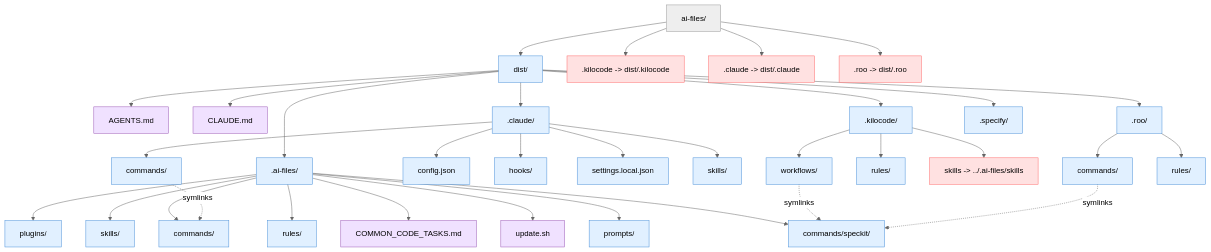
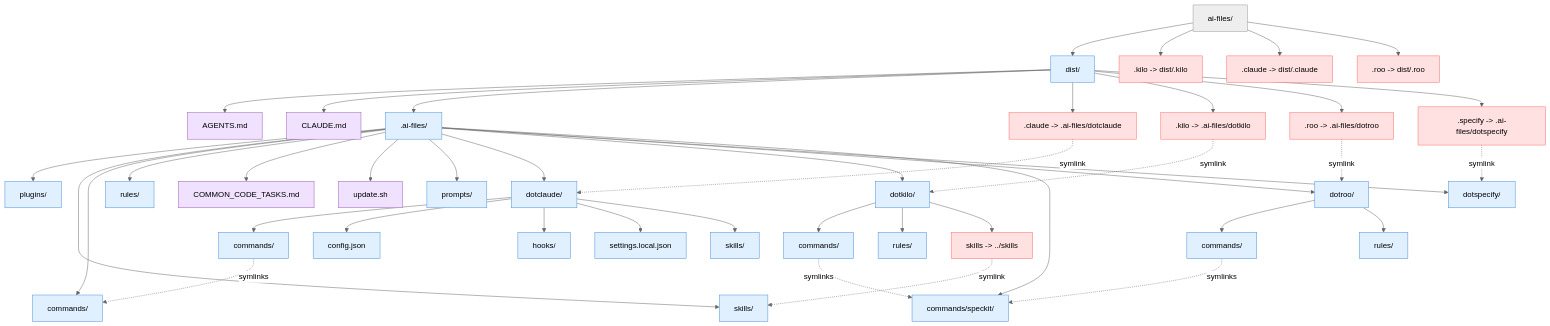
Before and after one commit to Voronenko/ai-files: the third of 3 diagrams in docs/makefile-readme.md, drawn with Mermaid (neutral theme). The commit also changed other lines of this file and 7 other files, not shown here.

Commit message:
adjusted for .kilocode=>.kilo transition due to extension update

````diff
--- a/docs/makefile-readme.md
+++ b/docs/makefile-readme.md
@@ -90,52 +95,61 @@
 ```mermaid
 graph TD
     Root["ai-files/"]
 
     Root --> Dist["dist/"]
-    Root --> KiloLink[".kilocode -> dist/.kilocode"]
+    Root --> KiloLink[".kilo -> dist/.kilo"]
     Root --> ClaudeLink[".claude -> dist/.claude"]
     Root --> RooLink[".roo -> dist/.roo"]
 
     Dist --> AGENTS["AGENTS.md"]
     Dist --> CLAUDE["CLAUDE.md"]
     Dist --> AIFiles[".ai-files/"]
-    Dist --> ClaudeDist[".claude/"]
-    Dist --> KiloDist[".kilocode/"]
-    Dist --> RooDist[".roo/"]
-    Dist --> Specify[".specify/"]
+    Dist --> ClaudeLinkDist[".claude -> .ai-files/dotclaude"]
+    Dist --> KiloLinkDist[".kilo -> .ai-files/dotkilo"]
+    Dist --> RooLinkDist[".roo -> .ai-files/dotroo"]
+    Dist --> SpecifyLinkDist[".specify -> .ai-files/dotspecify"]
 
     AIFiles --> Plugins["plugins/"]
     AIFiles --> Skills["skills/"]
     AIFiles --> Commands["commands/"]
     AIFiles --> Rules["rules/"]
     AIFiles --> CommonTasks["COMMON_CODE_TASKS.md"]
     AIFiles --> UpdateSh["update.sh"]
     AIFiles --> Prompts["prompts/"]
+    AIFiles --> ClaudeDist["dotclaude/"]
+    AIFiles --> KiloDist["dotkilo/"]
+    AIFiles --> RooDist["dotroo/"]
+    AIFiles --> Specify["dotspecify/"]
     AIFiles --> SpeckitCmds["commands/speckit/"]
 
     ClaudeDist --> ClaudeCmds["commands/"]
     ClaudeDist --> ClaudeConfig["config.json"]
     ClaudeDist --> ClaudeHooks["hooks/"]
     ClaudeDist --> ClaudeSettings["settings.local.json"]
     ClaudeDist --> ClaudeSkills["skills/"]
 
-    KiloDist --> KiloWorkflows["workflows/"]
+    KiloDist --> KiloCmds["commands/"]
     KiloDist --> KiloRules["rules/"]
-    KiloDist --> KiloSkillsLink["skills -> ../.ai-files/skills"]
+    KiloDist --> KiloSkillsLink["skills -> ../skills"]
 
     RooDist --> RooCmds["commands/"]
     RooDist --> RooRules["rules/"]
 
     %% Symlink relationships shown with dashed lines
     ClaudeCmds -.->|"symlinks"| Commands
-    KiloWorkflows -.->|"symlinks"| SpeckitCmds
+    KiloCmds -.->|"symlinks"| SpeckitCmds
     RooCmds -.->|"symlinks"| SpeckitCmds
+    ClaudeLinkDist -.->|"symlink"| ClaudeDist
+    KiloLinkDist -.->|"symlink"| KiloDist
+    RooLinkDist -.->|"symlink"| RooDist
+    SpecifyLinkDist -.->|"symlink"| Specify
+    KiloSkillsLink -.->|"symlink"| Skills
 
     classDef symlink fill:#ffe1e1,stroke:#ff6b6b
     classDef directory fill:#e1f0ff,stroke:#4a90d9
     classDef file fill:#f0e1ff,stroke:#9b59b6
 
-    class KiloLink,ClaudeLink,RooLink,KiloSkillsLink symlink
-    class Dist,AIFiles,ClaudeDist,KiloDist,RooDist,Plugins,Skills,Commands,Rules,Prompts,SpeckitCmds,ClaudeCmds,ClaudeConfig,ClaudeHooks,ClaudeSettings,ClaudeSkills,KiloWorkflows,KiloRules,RooCmds,RooRules,Specify directory
+    class KiloLink,ClaudeLink,RooLink,KiloSkillsLink,ClaudeLinkDist,KiloLinkDist,RooLinkDist,SpecifyLinkDist symlink
+    class Dist,AIFiles,ClaudeDist,KiloDist,RooDist,Plugins,Skills,Commands,Rules,Prompts,SpeckitCmds,ClaudeCmds,ClaudeConfig,ClaudeHooks,ClaudeSettings,ClaudeSkills,KiloCmds,KiloRules,RooCmds,RooRules,Specify directory
     class AGENTS,CLAUDE,CommonTasks,UpdateSh file
 ```
````
